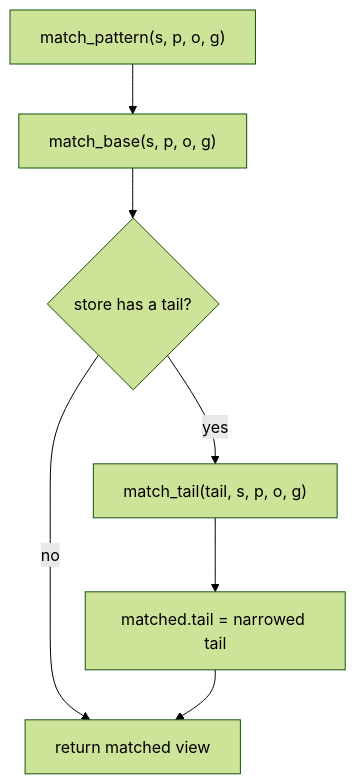
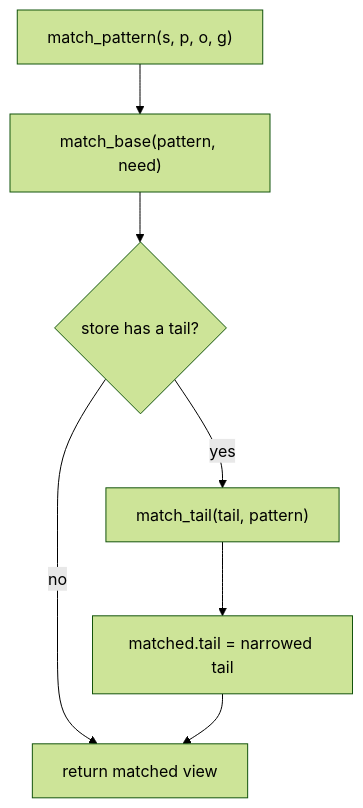
Before and after one commit to vortex-rdf/vortex-rdf: the first of 5 diagrams in docs/matching.md, drawn with Mermaid (forest theme). The commit also changed other lines of this file and 11 other files, not shown here.

````diff
--- a/docs/matching.md
+++ b/docs/matching.md
@@ -99,9 +99,9 @@
 ```mermaid
 flowchart TD
-    A["match_pattern(s, p, o, g)"] --> B["match_base(s, p, o, g)"]
+    A["match_pattern(s, p, o, g)"] --> B["match_base(pattern, need)"]
     B --> C{"store has a tail?"}
     C -- no --> D["return matched view"]
-    C -- yes --> E["match_tail(tail, s, p, o, g)"]
+    C -- yes --> E["match_tail(tail, pattern)"]
     E --> F["matched.tail = narrowed tail"]
     F --> D
 ```
````
